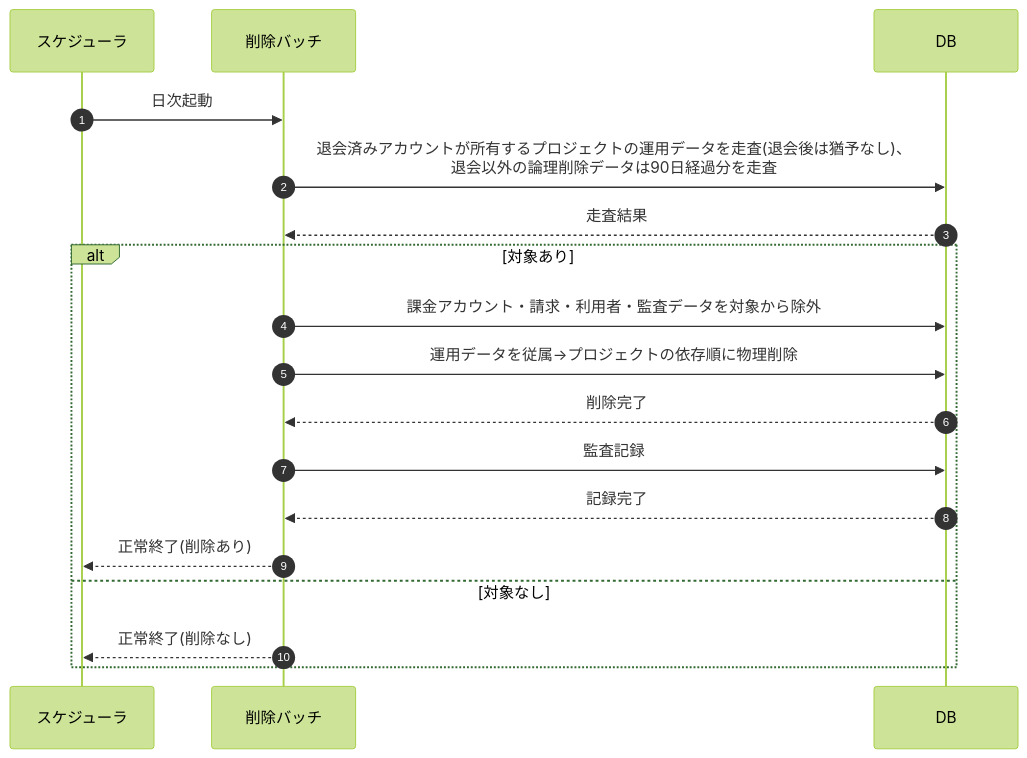
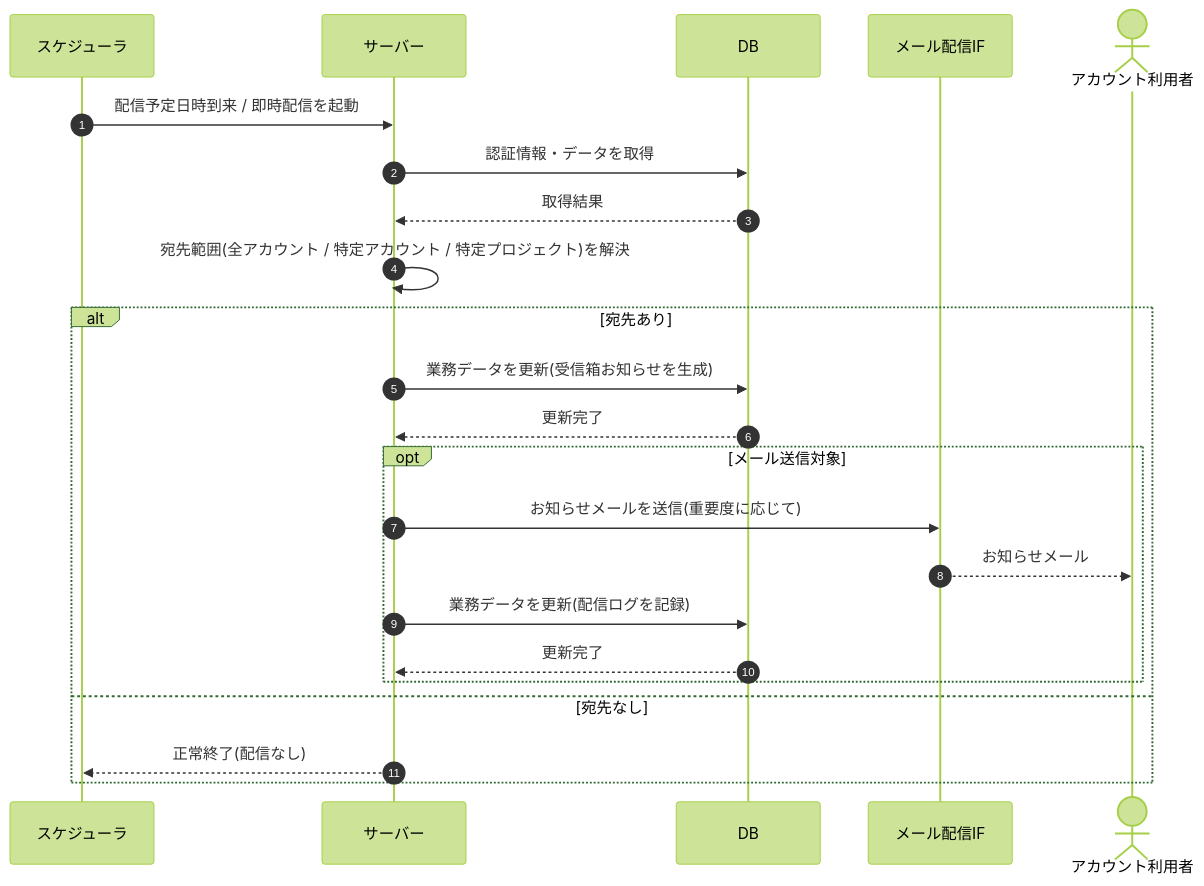
The diagram in 02_basic_design/03_sequences/SEQ-092.md (sikakou54/open-faq), drawn with Mermaid (forest theme) before and after one commit. The commit also changed other lines of this file and 395 other files, not shown here.

````diff
--- a/02_basic_design/03_sequences/SEQ-092.md
+++ b/02_basic_design/03_sequences/SEQ-092.md
@@ -25,20 +25,25 @@
 ```mermaid
 sequenceDiagram
   autonumber
   participant SCH as スケジューラ
-  participant B as 削除バッチ
+  participant Server as サーバー
   participant DB as DB
-  SCH->>B: 日次起動
-  B->>DB: 退会済みアカウントが所有するプロジェクトの運用データを走査(退会後は猶予なし)、<br/>退会以外の論理削除データは90日経過分を走査
-  DB-->>B: 走査結果
-  alt 対象あり
-    B->>DB: 課金アカウント・請求・利用者・監査データを対象から除外
-    B->>DB: 運用データを従属→プロジェクトの依存順に物理削除
-    DB-->>B: 削除完了
-    B->>DB: 監査記録
-    DB-->>B: 記録完了
-    B-->>SCH: 正常終了(削除あり)
-  else 対象なし
-    B-->>SCH: 正常終了(削除なし)
+  participant MAIL as メール配信IF
+  actor U as アカウント利用者
+  SCH->>Server: 配信予定日時到来 / 即時配信を起動
+  Server->>DB: 認証情報・データを取得
+  DB-->>Server: 取得結果
+  Server->>Server: 宛先範囲(全アカウント / 特定アカウント / 特定プロジェクト)を解決
+  alt 宛先あり
+    Server->>DB: 業務データを更新(受信箱お知らせを生成)
+    DB-->>Server: 更新完了
+    opt メール送信対象
+      Server->>MAIL: お知らせメールを送信(重要度に応じて)
+      MAIL-->>U: お知らせメール
+      Server->>DB: 業務データを更新(配信ログを記録)
+      DB-->>Server: 更新完了
+    end
+  else 宛先なし
+    Server-->>SCH: 正常終了(配信なし)
   end
 ```
````
